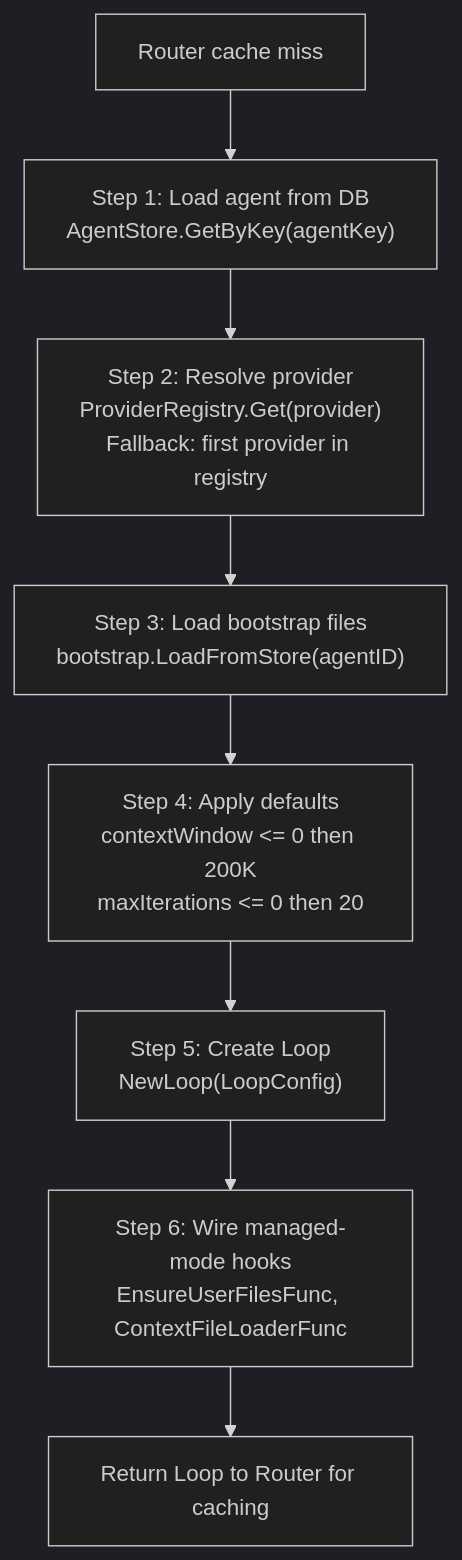
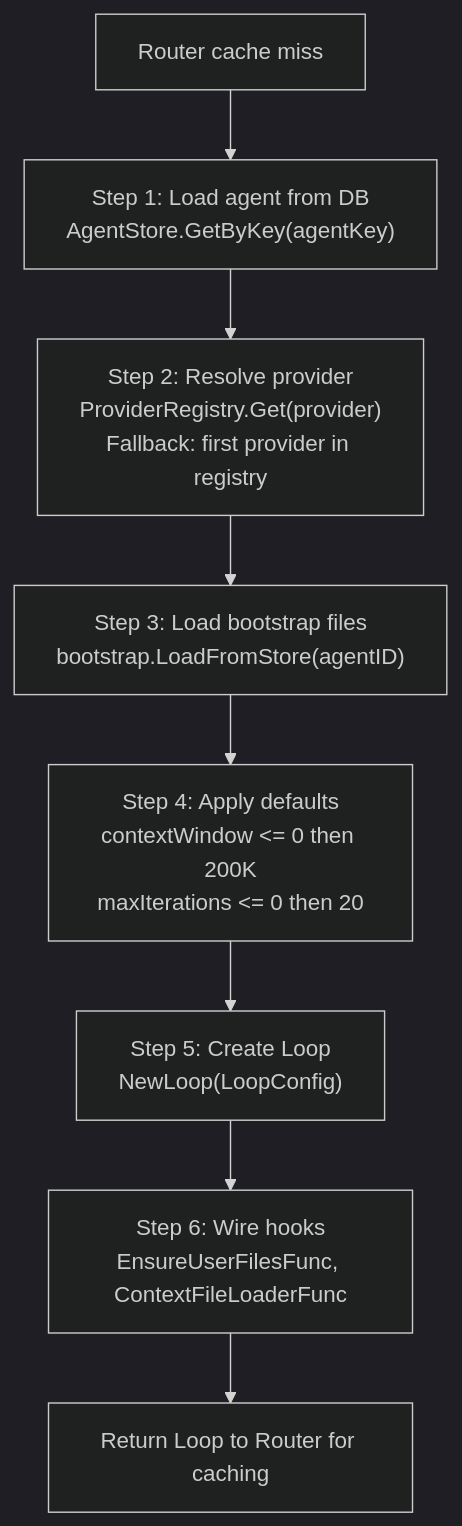
One commit to qkhalk/goclaw changed the seventh of 9 diagrams in docs/01-agent-loop.md. Above: the diagram before and after it, drawn with Mermaid (dark theme). The commit also changed other lines of this file and 31 other files, not shown here.

First line of the commit message:
refactor: deprecate standalone mode, managed mode is now default (#126)

````diff
--- a/docs/01-agent-loop.md
+++ b/docs/01-agent-loop.md
@@ -388,10 +388,10 @@
 ```mermaid
 flowchart TD
     MISS["Router cache miss"] --> LOAD["Step 1: Load agent from DB<br/>AgentStore.GetByKey(agentKey)"]
     LOAD --> PROV["Step 2: Resolve provider<br/>ProviderRegistry.Get(provider)<br/>Fallback: first provider in registry"]
     PROV --> BOOT["Step 3: Load bootstrap files<br/>bootstrap.LoadFromStore(agentID)"]
     BOOT --> DEFAULTS["Step 4: Apply defaults<br/>contextWindow <= 0 then 200K<br/>maxIterations <= 0 then 20"]
     DEFAULTS --> CREATE["Step 5: Create Loop<br/>NewLoop(LoopConfig)"]
-    CREATE --> WIRE["Step 6: Wire managed-mode hooks<br/>EnsureUserFilesFunc, ContextFileLoaderFunc"]
+    CREATE --> WIRE["Step 6: Wire hooks<br/>EnsureUserFilesFunc, ContextFileLoaderFunc"]
     WIRE --> DONE["Return Loop to Router for caching"]
 ```
````
